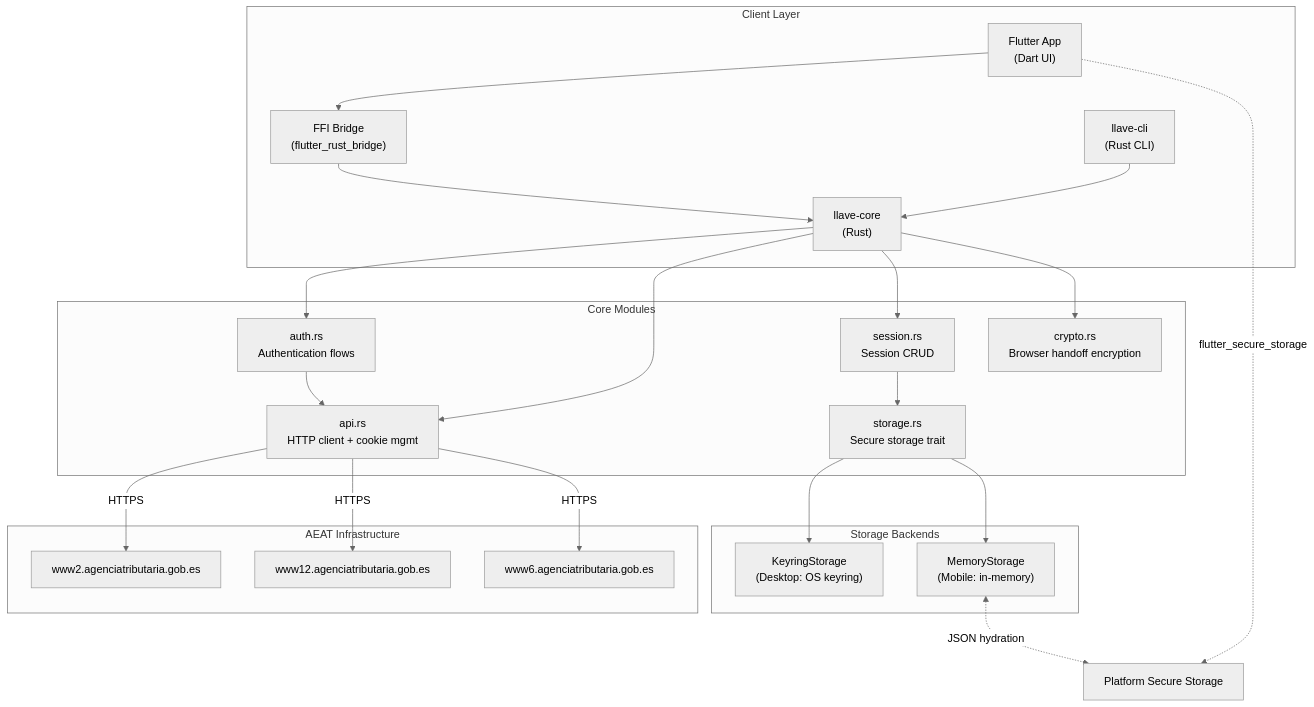
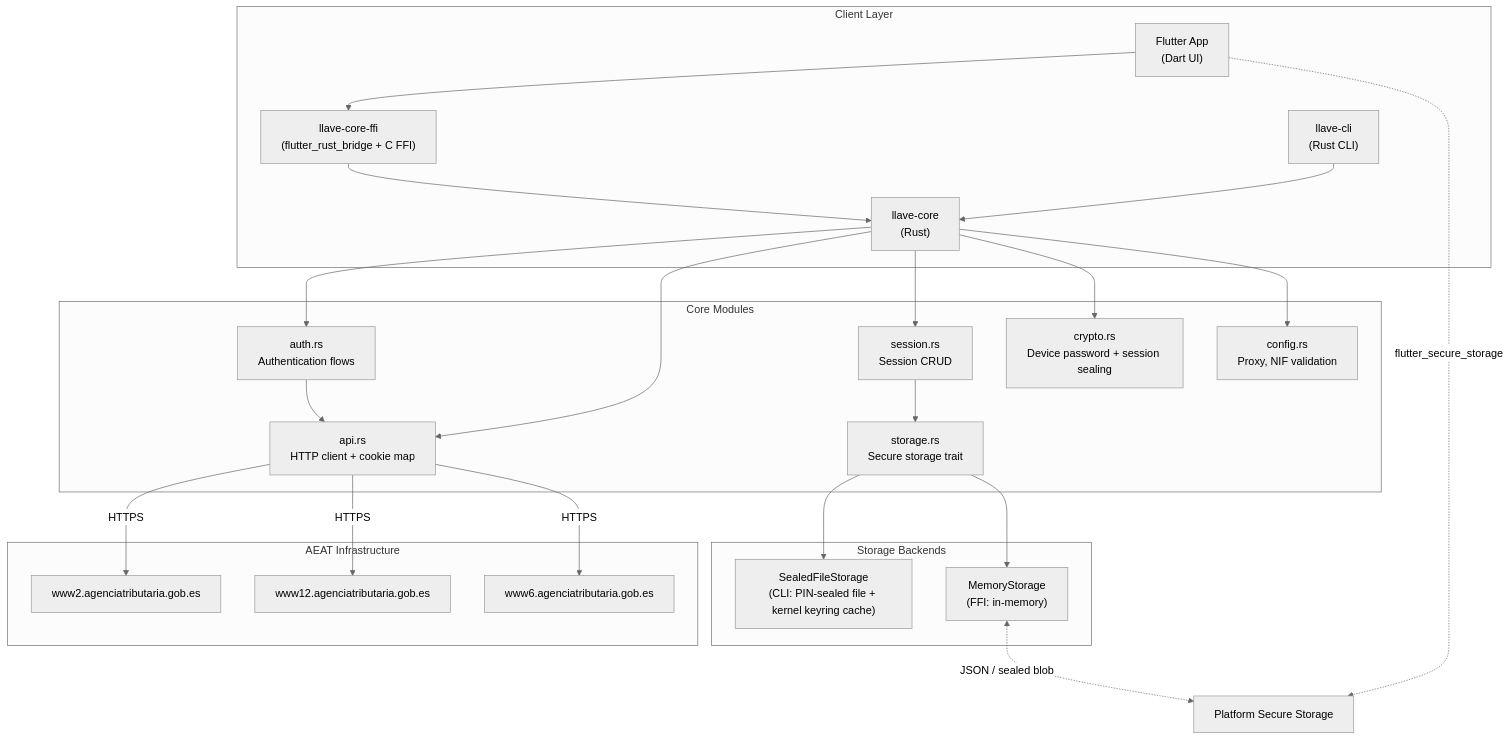
The diagram in book/src/architecture/system-overview.md (gabela-io/llave), drawn with Mermaid (neutral theme) before and after one commit. The commit also changed other lines of this file and 27 other files, not shown here.

````diff
--- a/book/src/architecture/system-overview.md
+++ b/book/src/architecture/system-overview.md
@@ -7,46 +7,48 @@
 ```mermaid
 graph TB
     subgraph "Client Layer"
         Flutter["Flutter App<br/>(Dart UI)"]
-        FFI["FFI Bridge<br/>(flutter_rust_bridge)"]
+        FFI["llave-core-ffi<br/>(flutter_rust_bridge + C FFI)"]
         Core["llave-core<br/>(Rust)"]
         CLI["llave-cli<br/>(Rust CLI)"]
     end
 
     subgraph "Core Modules"
         Auth["auth.rs<br/>Authentication flows"]
-        API["api.rs<br/>HTTP client + cookie mgmt"]
+        API["api.rs<br/>HTTP client + cookie map"]
         Session["session.rs<br/>Session CRUD"]
         Storage["storage.rs<br/>Secure storage trait"]
-        Crypto["crypto.rs<br/>Browser handoff encryption"]
+        Crypto["crypto.rs<br/>Device password + session sealing"]
+        Config["config.rs<br/>Proxy, NIF validation"]
     end
 
     subgraph "Storage Backends"
-        Keyring["KeyringStorage<br/>(Desktop: OS keyring)"]
-        Memory["MemoryStorage<br/>(Mobile: in-memory)"]
+        Keyring["SealedFileStorage<br/>(CLI: PIN-sealed file + kernel keyring cache)"]
+        Memory["MemoryStorage<br/>(FFI: in-memory)"]
     end
 
     subgraph "AEAT Infrastructure"
         W2["www2.agenciatributaria.gob.es"]
         W12["www12.agenciatributaria.gob.es"]
         W6["www6.agenciatributaria.gob.es"]
     end
 
     Flutter --> FFI
     FFI --> Core
     CLI --> Core
     Core --> Auth
     Core --> API
     Core --> Session
     Core --> Crypto
+    Core --> Config
     Session --> Storage
     Storage --> Keyring
     Storage --> Memory
     Auth --> API
     API -->|"HTTPS"| W2
     API -->|"HTTPS"| W12
     API -->|"HTTPS"| W6
 
     Flutter -.->|"flutter_secure_storage"| FSS["Platform Secure Storage"]
-    Memory <-.->|"JSON hydration"| FSS
+    Memory <-.->|"JSON / sealed blob"| FSS
 ```
````
